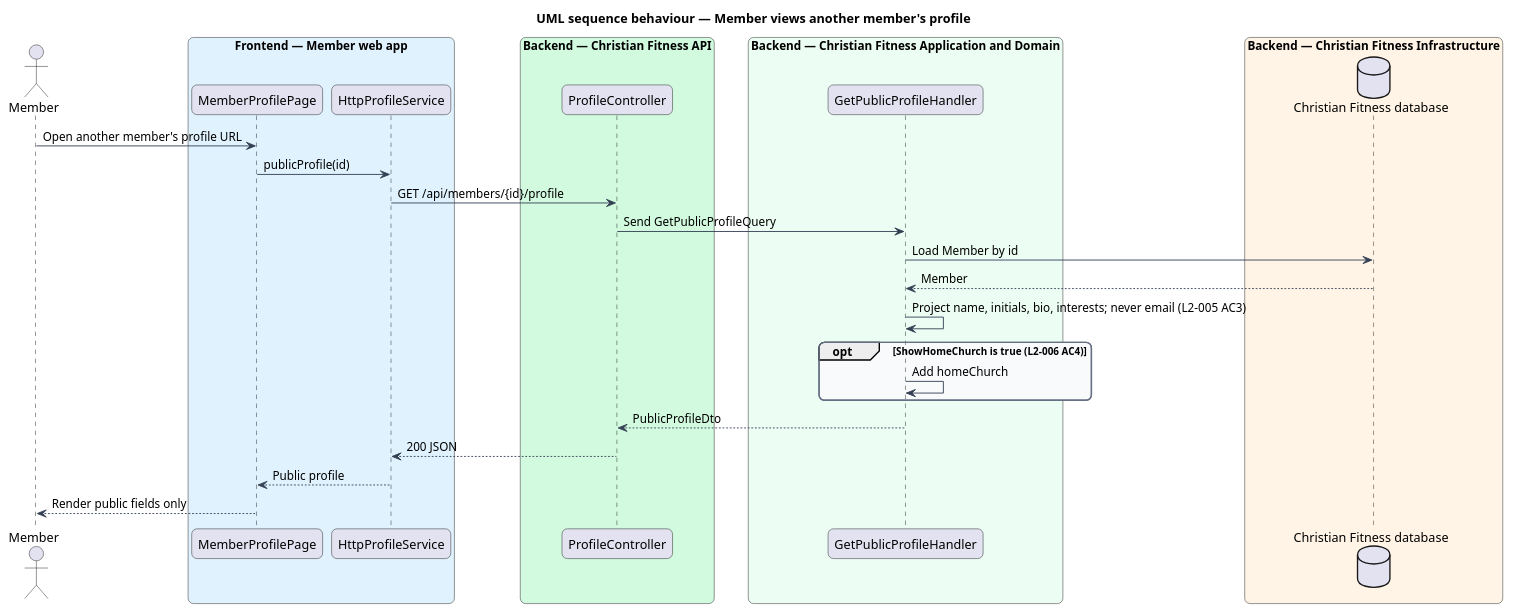
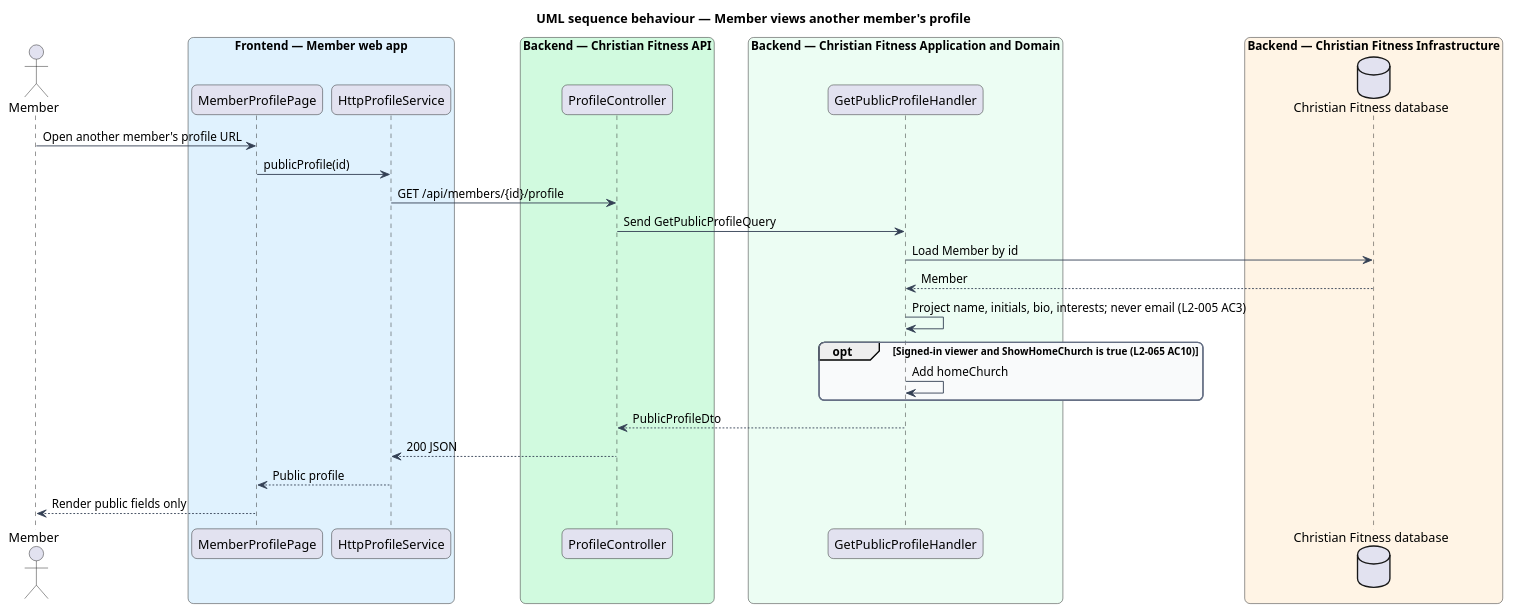
One commit to QuinntyneBrown/christian-fitness changed the diagram in docs/detailed-designs/member-profile/view-profile/diagrams/sequence-view-member-profile.puml. Above: the diagram before and after it, drawn with PlantUML. The commit also changed 45 other files, not shown here.

```diff
--- a/docs/detailed-designs/member-profile/view-profile/diagrams/sequence-view-member-profile.puml
+++ b/docs/detailed-designs/member-profile/view-profile/diagrams/sequence-view-member-profile.puml
@@ -1,45 +1,45 @@
 @startuml
 title UML sequence behaviour — Member views another member's profile
 skinparam backgroundColor #FFFFFF
 skinparam shadowing false
 skinparam roundcorner 12
 skinparam defaultFontName Arial
 skinparam ArrowColor #344054
 skinparam rectangle {
   BorderColor #344054
   FontColor #101828
 }
 skinparam package {
   BorderColor #667085
   FontColor #101828
   BackgroundColor #F9FAFB
 }
 actor "Member" as actor
 box "Frontend — Member web app" #E0F2FE
   participant "MemberProfilePage" as page
   participant "HttpProfileService" as client
 end box
 box "Backend — Christian Fitness API" #D1FADF
   participant "ProfileController" as ctrl
 end box
 box "Backend — Christian Fitness Application and Domain" #ECFDF3
   participant "GetPublicProfileHandler" as h
 end box
 box "Backend — Christian Fitness Infrastructure" #FFF4E5
   database "Christian Fitness database" as db
 end box
 actor -> page : Open another member's profile URL
 page -> client : publicProfile(id)
 client -> ctrl : GET /api/members/{id}/profile
 ctrl -> h : Send GetPublicProfileQuery
 h -> db : Load Member by id
 db --> h : Member
 h -> h : Project name, initials, bio, interests; never email (L2-005 AC3)
-opt ShowHomeChurch is true (L2-006 AC4)
+opt Signed-in viewer and ShowHomeChurch is true (L2-065 AC10)
   h -> h : Add homeChurch
 end
 h --> ctrl : PublicProfileDto
 ctrl --> client : 200 JSON
 client --> page : Public profile
 page --> actor : Render public fields only
 @enduml
```
